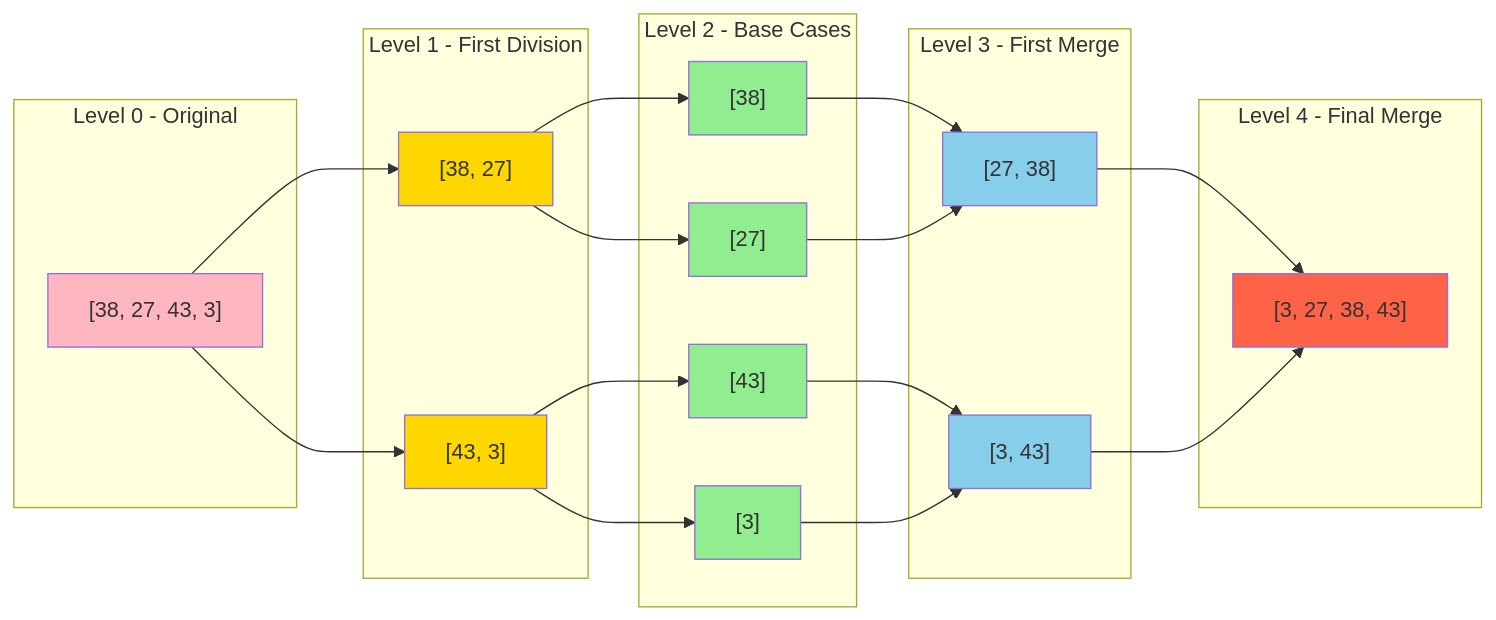
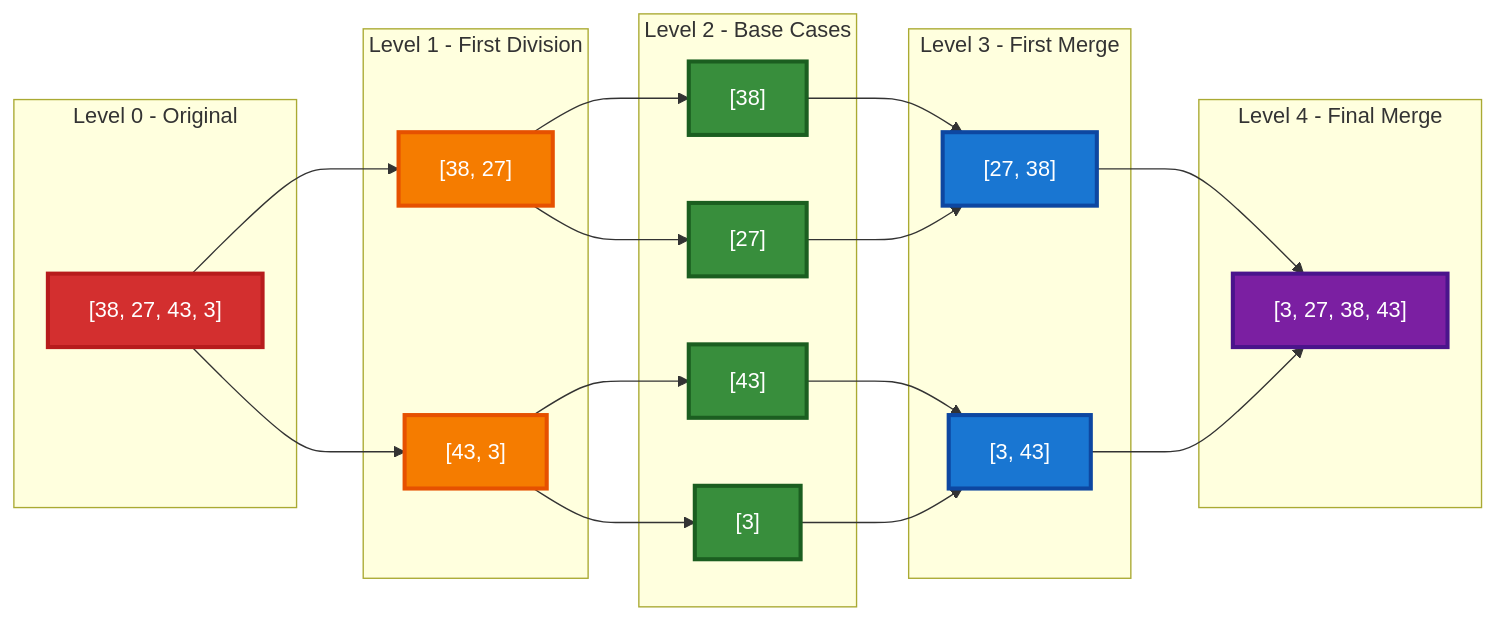
Before and after one commit to pentoshi007/tuf: the eighth of 13 diagrams in dsa/Advanced/sorting/README.md, drawn with Mermaid. The commit also changed other lines of this file, not shown here.

First line of the commit message:
Improve visibility of Mermaid diagrams with better color contrast

````diff
--- a/dsa/Advanced/sorting/README.md
+++ b/dsa/Advanced/sorting/README.md
@@ -529,51 +540,51 @@
 ```mermaid
 graph LR
     subgraph "Level 0 - Original"
     A["[38, 27, 43, 3]"]
     end
-    
+
     subgraph "Level 1 - First Division"
     B["[38, 27]"]
     C["[43, 3]"]
     end
-    
+
     subgraph "Level 2 - Base Cases"
     D["[38]"]
     E["[27]"]
     F["[43]"]
     G["[3]"]
     end
-    
+
     subgraph "Level 3 - First Merge"
     H["[27, 38]"]
     I["[3, 43]"]
     end
-    
+
     subgraph "Level 4 - Final Merge"
     J["[3, 27, 38, 43]"]
     end
-    
+
     A --> B
     A --> C
     B --> D
     B --> E
     C --> F
     C --> G
     D --> H
     E --> H
     F --> I
     G --> I
     H --> J
     I --> J
-    
-    style A fill:#FFB6C1
-    style B fill:#FFD700
-    style C fill:#FFD700
-    style D fill:#90EE90
-    style E fill:#90EE90
-    style F fill:#90EE90
-    style G fill:#90EE90
-    style H fill:#87CEEB
-    style I fill:#87CEEB
-    style J fill:#FF6347
+
+    style A fill:#D32F2F,stroke:#B71C1C,stroke-width:3px,color:#fff
+    style B fill:#F57C00,stroke:#E65100,stroke-width:3px,color:#fff
+    style C fill:#F57C00,stroke:#E65100,stroke-width:3px,color:#fff
+    style D fill:#388E3C,stroke:#1B5E20,stroke-width:3px,color:#fff
+    style E fill:#388E3C,stroke:#1B5E20,stroke-width:3px,color:#fff
+    style F fill:#388E3C,stroke:#1B5E20,stroke-width:3px,color:#fff
+    style G fill:#388E3C,stroke:#1B5E20,stroke-width:3px,color:#fff
+    style H fill:#1976D2,stroke:#0D47A1,stroke-width:3px,color:#fff
+    style I fill:#1976D2,stroke:#0D47A1,stroke-width:3px,color:#fff
+    style J fill:#7B1FA2,stroke:#4A148C,stroke-width:3px,color:#fff
 ```
````
